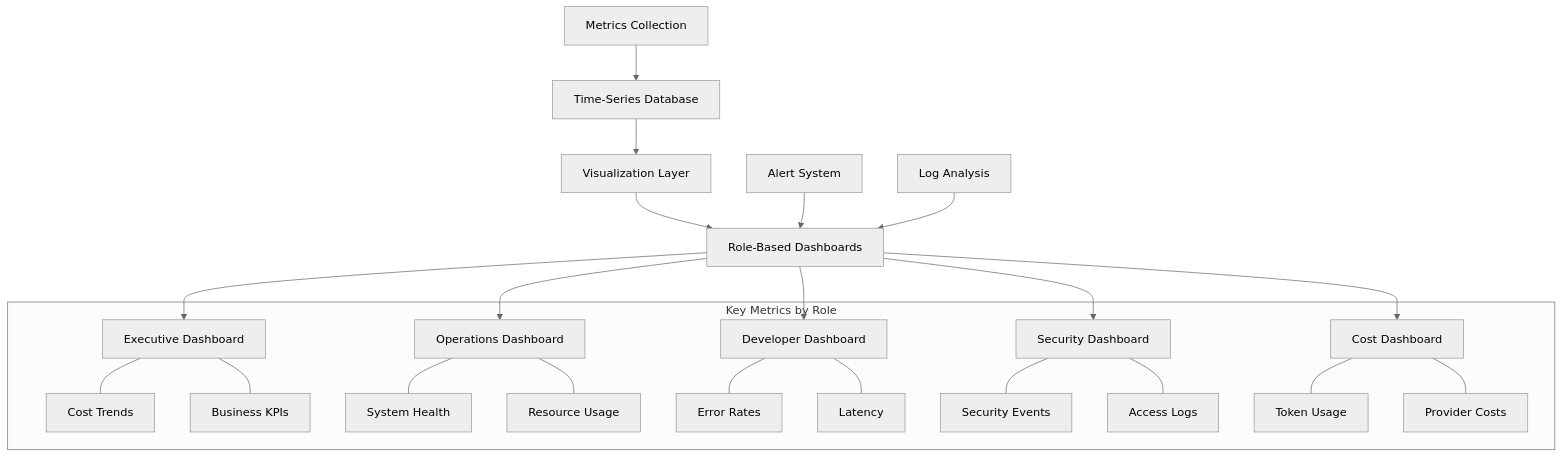
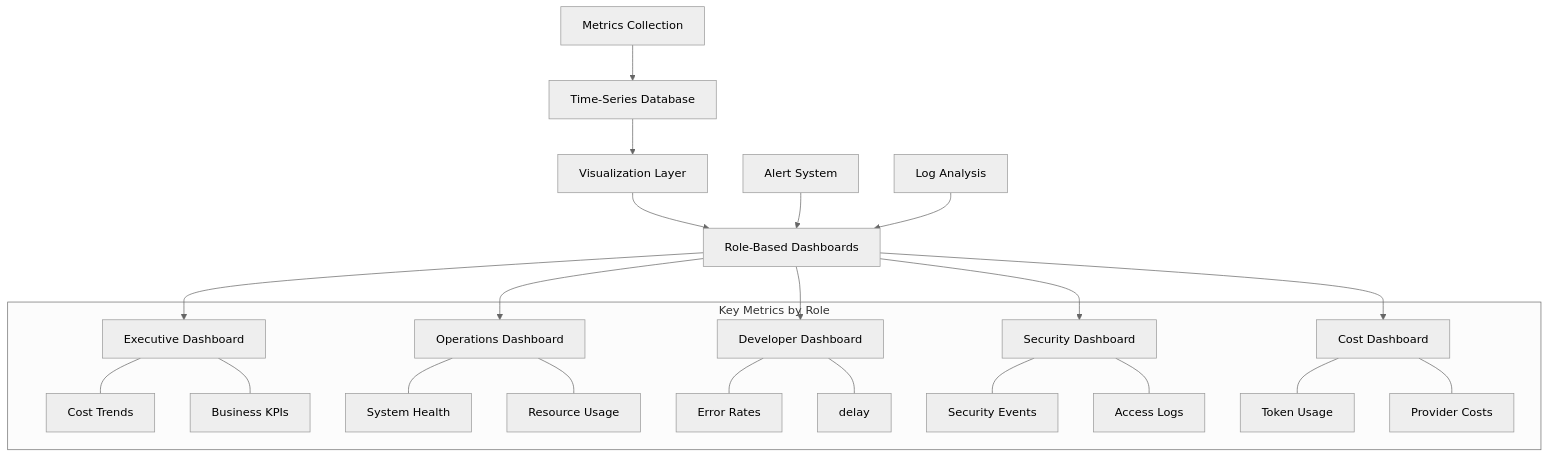
One commit to CRollins6020/CRollins6020 changed diagram 16 of 21 in User-Guides/LangChain Agent Platform Admin Guide.md. Above: the diagram before and after it, drawn with Mermaid (neutral theme). The commit also changed other lines of this file, not shown here.

````diff
--- a/User-Guides/LangChain Agent Platform Admin Guide.md
+++ b/User-Guides/LangChain Agent Platform Admin Guide.md
@@ -3005,28 +3005,28 @@
 ```mermaid
 graph TD
     A[Metrics Collection] --> B[Time-Series Database]
     B --> C[Visualization Layer]
     C --> D[Role-Based Dashboards]
     
     D --> E[Executive Dashboard]
     D --> F[Operations Dashboard]
     D --> G[Developer Dashboard]
     D --> H[Security Dashboard]
     D --> I[Cost Dashboard]
     
     J[Alert System] --> D
     K[Log Analysis] --> D
     
     subgraph "Key Metrics by Role"
     E --- EA[Cost Trends]
     E --- EB[Business KPIs]
     F --- FA[System Health]
     F --- FB[Resource Usage]
     G --- GA[Error Rates]
-    G --- GB[Latency]
+    G --- GB[delay]
     H --- HA[Security Events]
     H --- HB[Access Logs]
     I --- IA[Token Usage]
     I --- IB[Provider Costs]
     end
 ```
````
